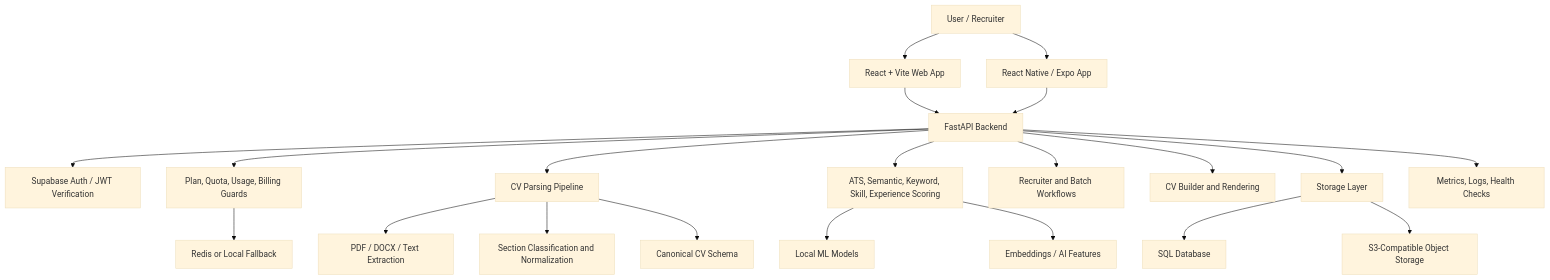
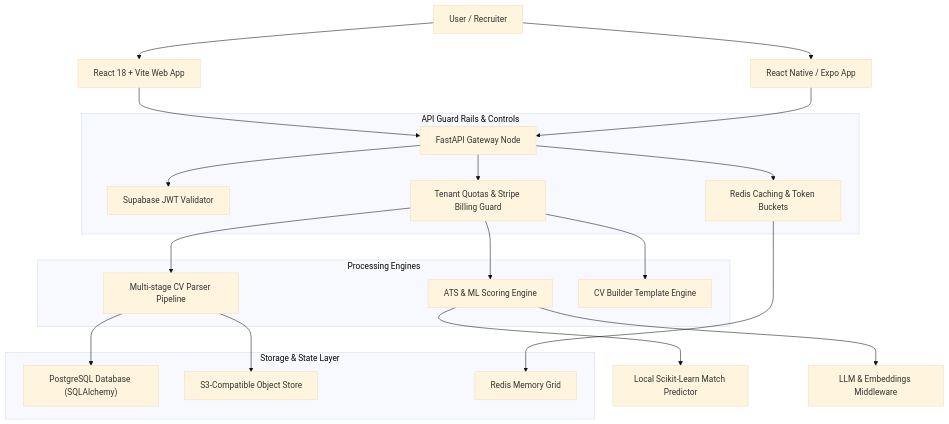
The first of 5 diagrams in README.md (SercanOzkan55/CV-Analyzer), drawn with Mermaid (base theme) before and after one commit. The commit also changed other lines of this file and 14 other files, not shown here.

Commit message:
Fix empty JD scoring cap, project parsing, certifications normalizer, and update README.md

````diff
--- a/README.md
+++ b/README.md
@@ -48,29 +43,29 @@
 ```mermaid
 flowchart TB
-  user["User / Recruiter"] --> web["React + Vite Web App"]
+  user["User / Recruiter"] --> web["React 18 + Vite Web App"]
   user --> mobile["React Native / Expo App"]
 
-  web --> api["FastAPI Backend"]
+  web --> api["FastAPI Gateway Node"]
   mobile --> api
 
-  api --> auth["Supabase Auth / JWT Verification"]
-  api --> quota["Plan, Quota, Usage, Billing Guards"]
-  api --> parser["CV Parsing Pipeline"]
-  api --> scoring["ATS, Semantic, Keyword, Skill, Experience Scoring"]
-  api --> recruiter["Recruiter and Batch Workflows"]
-  api --> builder["CV Builder and Rendering"]
-  api --> storage["Storage Layer"]
+  subgraph Gateway ["API Guard Rails & Controls"]
+    api --> auth["Supabase JWT Validator"]
+    api --> quota["Tenant Quotas & Stripe Billing Guard"]
+    api --> redis_cache["Redis Caching & Token Buckets"]
+  end
 
-  parser --> pdf["PDF / DOCX / Text Extraction"]
-  parser --> normalize["Section Classification and Normalization"]
-  parser --> schema["Canonical CV Schema"]
+  subgraph Pipelines ["Processing Engines"]
+    quota --> parser["Multi-stage CV Parser Pipeline"]
+    quota --> scoring["ATS & ML Scoring Engine"]
+    quota --> builder["CV Builder Template Engine"]
+  end
 
-  scoring --> ml["Local ML Models"]
-  scoring --> embeddings["Embeddings / AI Features"]
+  subgraph Datastores ["Storage & State Layer"]
+    parser --> db["PostgreSQL Database (SQLAlchemy)"]
+    parser --> s3["S3-Compatible Object Store"]
+    redis_cache --> redis["Redis Memory Grid"]
+  end
 
-  storage --> db["SQL Database"]
-  storage --> s3["S3-Compatible Object Storage"]
-  quota --> redis["Redis or Local Fallback"]
-
-  api --> observability["Metrics, Logs, Health Checks"]
+  scoring --> ml_model["Local Scikit-Learn Match Predictor"]
+  scoring --> openai["LLM & Embeddings Middleware"]
 ```
````
